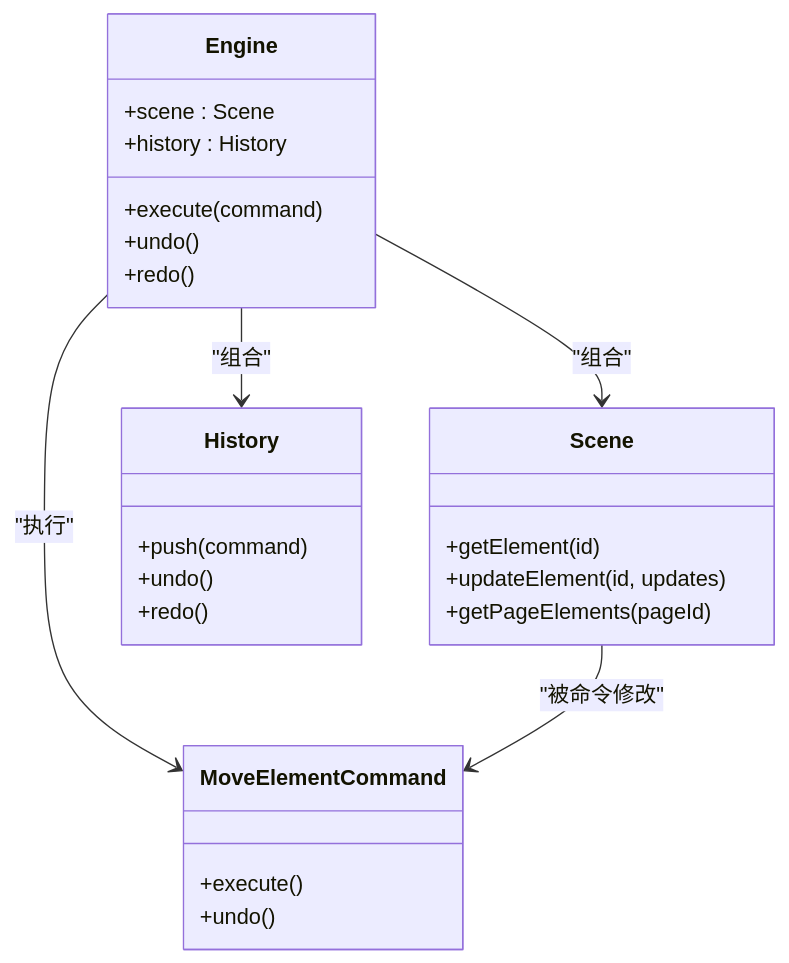
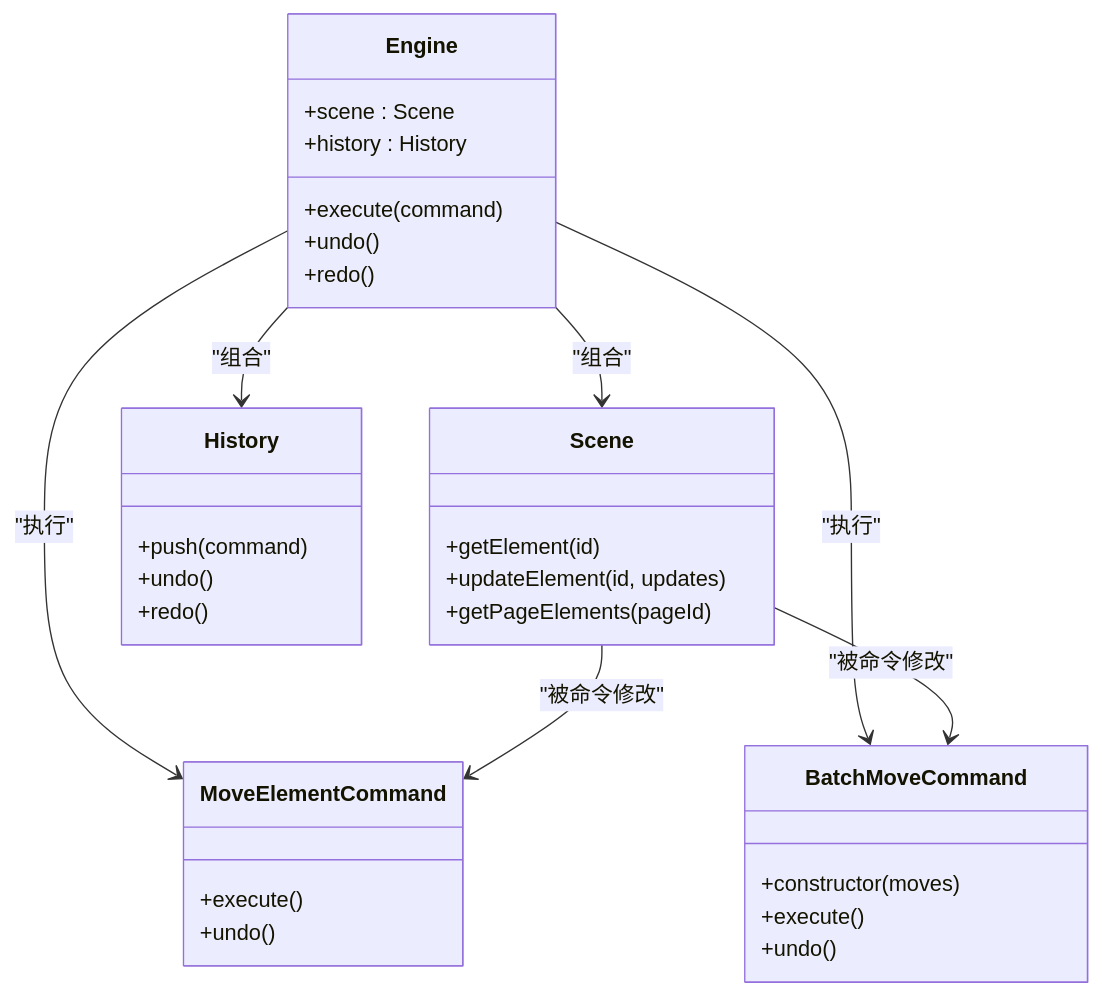
The sixth of 8 diagrams in .qoder/repowiki/zh/content/UI组件系统/移动控制层 (MoveableLayer).md (Anna0314zy/ai_editor_enginer), drawn with Mermaid before and after one commit. The commit also changed other lines of this file and 7 other files, not shown here.

````diff
--- a/.qoder/repowiki/zh/content/UI组件系统/移动控制层 (MoveableLayer).md
+++ b/.qoder/repowiki/zh/content/UI组件系统/移动控制层 (MoveableLayer).md
@@ -255,28 +267,35 @@
 ```mermaid
 classDiagram
 class Engine {
 +scene : Scene
 +history : History
 +execute(command)
 +undo()
 +redo()
 }
 class Scene {
 +getElement(id)
 +updateElement(id, updates)
 +getPageElements(pageId)
 }
 class History {
 +push(command)
 +undo()
 +redo()
 }
 class MoveElementCommand {
 +execute()
 +undo()
 }
+class BatchMoveCommand {
++constructor(moves)
++execute()
++undo()
+}
 Engine --> Scene : "组合"
 Engine --> History : "组合"
 Engine --> MoveElementCommand : "执行"
+Engine --> BatchMoveCommand : "执行"
 Scene --> MoveElementCommand : "被命令修改"
+Scene --> BatchMoveCommand : "被命令修改"
 ```
````
